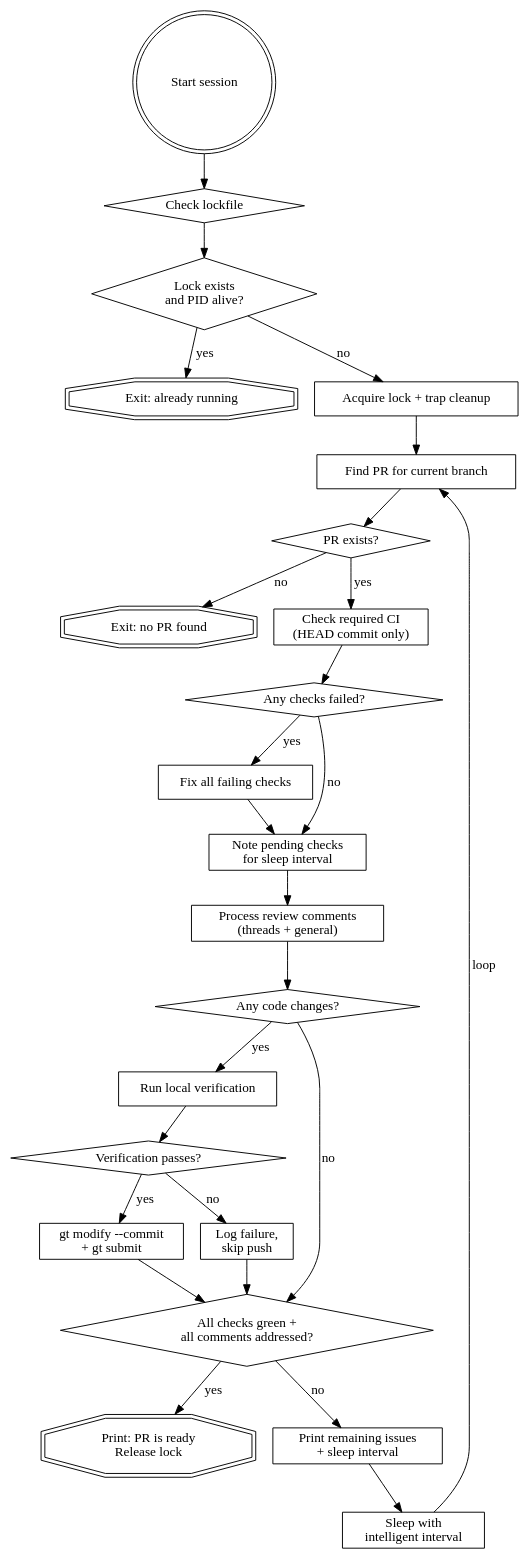
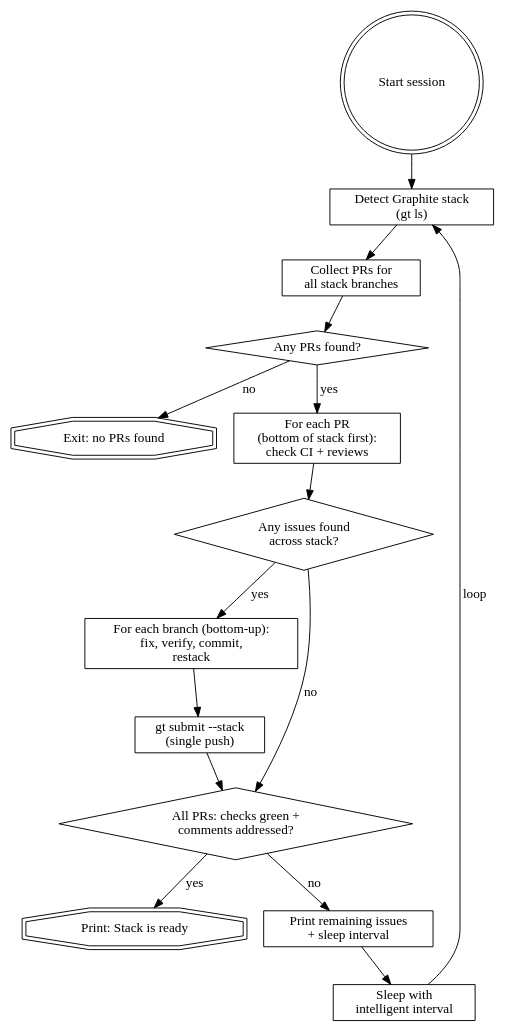
The diagram in skills/babysit-pr/SKILL.md (neekolas/claude-skills), drawn with Graphviz before and after one commit. The commit also changed other lines of this file and 1 other file, not shown here.

Commit message:
Stack aware babysitting

````diff
--- a/skills/babysit-pr/SKILL.md
+++ b/skills/babysit-pr/SKILL.md
@@ -25,54 +26,34 @@
 ```dot
 digraph babysit {
     node [shape=box];
 
     "Start session" [shape=doublecircle];
-    "Check lockfile" [shape=diamond];
-    "Lock exists\nand PID alive?" [shape=diamond];
-    "Exit: already running" [shape=doubleoctagon];
-    "Acquire lock + trap cleanup";
-    "Find PR for current branch";
-    "PR exists?" [shape=diamond];
-    "Exit: no PR found" [shape=doubleoctagon];
-    "Check required CI\n(HEAD commit only)";
-    "Any checks failed?" [shape=diamond];
-    "Fix all failing checks";
-    "Note pending checks\nfor sleep interval";
-    "Process review comments\n(threads + general)";
-    "Any code changes?" [shape=diamond];
-    "Run local verification";
-    "Verification passes?" [shape=diamond];
-    "gt modify --commit\n+ gt submit";
-    "Log failure,\nskip push";
-    "All checks green +\nall comments addressed?" [shape=diamond];
-    "Print: PR is ready\nRelease lock" [shape=doubleoctagon];
+    "Detect Graphite stack\n(gt ls)";
+    "Collect PRs for\nall stack branches";
+    "Any PRs found?" [shape=diamond];
+    "Exit: no PRs found" [shape=doubleoctagon];
+    "For each PR\n(bottom of stack first):\ncheck CI + reviews";
+    "Any issues found\nacross stack?" [shape=diamond];
+    "For each branch (bottom-up):\nfix, verify, commit,\nrestack";
+    "gt submit --stack\n(single push)";
+    "All PRs: checks green +\ncomments addressed?" [shape=diamond];
+    "Print: Stack is ready" [shape=doubleoctagon];
     "Print remaining issues\n+ sleep interval";
     "Sleep with\nintelligent interval";
 
-    "Start session" -> "Check lockfile";
-    "Check lockfile" -> "Lock exists\nand PID alive?";
-    "Lock exists\nand PID alive?" -> "Exit: already running" [label="yes"];
-    "Lock exists\nand PID alive?" -> "Acquire lock + trap cleanup" [label="no"];
-    "Acquire lock + trap cleanup" -> "Find PR for current branch";
-    "Find PR for current branch" -> "PR exists?";
-    "PR exists?" -> "Exit: no PR found" [label="no"];
-    "PR exists?" -> "Check required CI\n(HEAD commit only)" [label="yes"];
-    "Check required CI\n(HEAD commit only)" -> "Any checks failed?";
-    "Any checks failed?" -> "Fix all failing checks" [label="yes"];
-    "Any checks failed?" -> "Note pending checks\nfor sleep interval" [label="no"];
-    "Fix all failing checks" -> "Note pending checks\nfor sleep interval";
-    "Note pending checks\nfor sleep interval" -> "Process review comments\n(threads + general)";
-    "Process review comments\n(threads + general)" -> "Any code changes?";
-    "Any code changes?" -> "All checks green +\nall comments addressed?" [label="no"];
-    "Any code changes?" -> "Run local verification" [label="yes"];
-    "Run local verification" -> "Verification passes?";
-    "Verification passes?" -> "gt modify --commit\n+ gt submit" [label="yes"];
-    "Verification passes?" -> "Log failure,\nskip push" [label="no"];
-    "gt modify --commit\n+ gt submit" -> "All checks green +\nall comments addressed?";
-    "Log failure,\nskip push" -> "All checks green +\nall comments addressed?";
-    "All checks green +\nall comments addressed?" -> "Print: PR is ready\nRelease lock" [label="yes"];
-    "All checks green +\nall comments addressed?" -> "Print remaining issues\n+ sleep interval" [label="no"];
+    "Start session" -> "Detect Graphite stack\n(gt ls)";
+    "Detect Graphite stack\n(gt ls)" -> "Collect PRs for\nall stack branches";
+    "Collect PRs for\nall stack branches" -> "Any PRs found?";
+    "Any PRs found?" -> "Exit: no PRs found" [label="no"];
+    "Any PRs found?" -> "For each PR\n(bottom of stack first):\ncheck CI + reviews" [label="yes"];
+    "For each PR\n(bottom of stack first):\ncheck CI + reviews" -> "Any issues found\nacross stack?";
+    "Any issues found\nacross stack?" -> "All PRs: checks green +\ncomments addressed?" [label="no"];
+    "Any issues found\nacross stack?" -> "For each branch (bottom-up):\nfix, verify, commit,\nrestack" [label="yes"];
+    "For each branch (bottom-up):\nfix, verify, commit,\nrestack" -> "gt submit --stack\n(single push)";
+    "gt submit --stack\n(single push)" -> "All PRs: checks green +\ncomments addressed?";
+    "All PRs: checks green +\ncomments addressed?" -> "Print: Stack is ready" [label="yes"];
+    "All PRs: checks green +\ncomments addressed?" -> "Print remaining issues\n+ sleep interval" [label="no"];
     "Print remaining issues\n+ sleep interval" -> "Sleep with\nintelligent interval";
-    "Sleep with\nintelligent interval" -> "Find PR for current branch" [label="loop"];
+    "Sleep with\nintelligent interval" -> "Detect Graphite stack\n(gt ls)" [label="loop"];
 }
 ```
````
